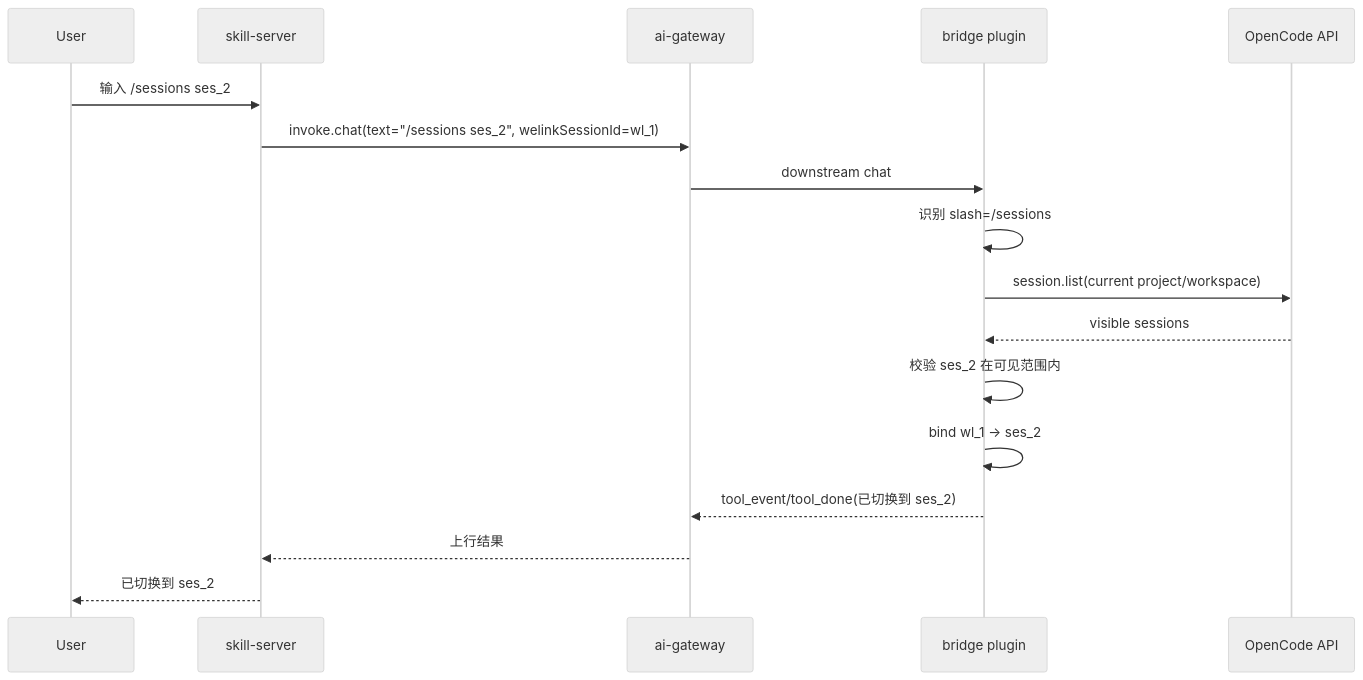
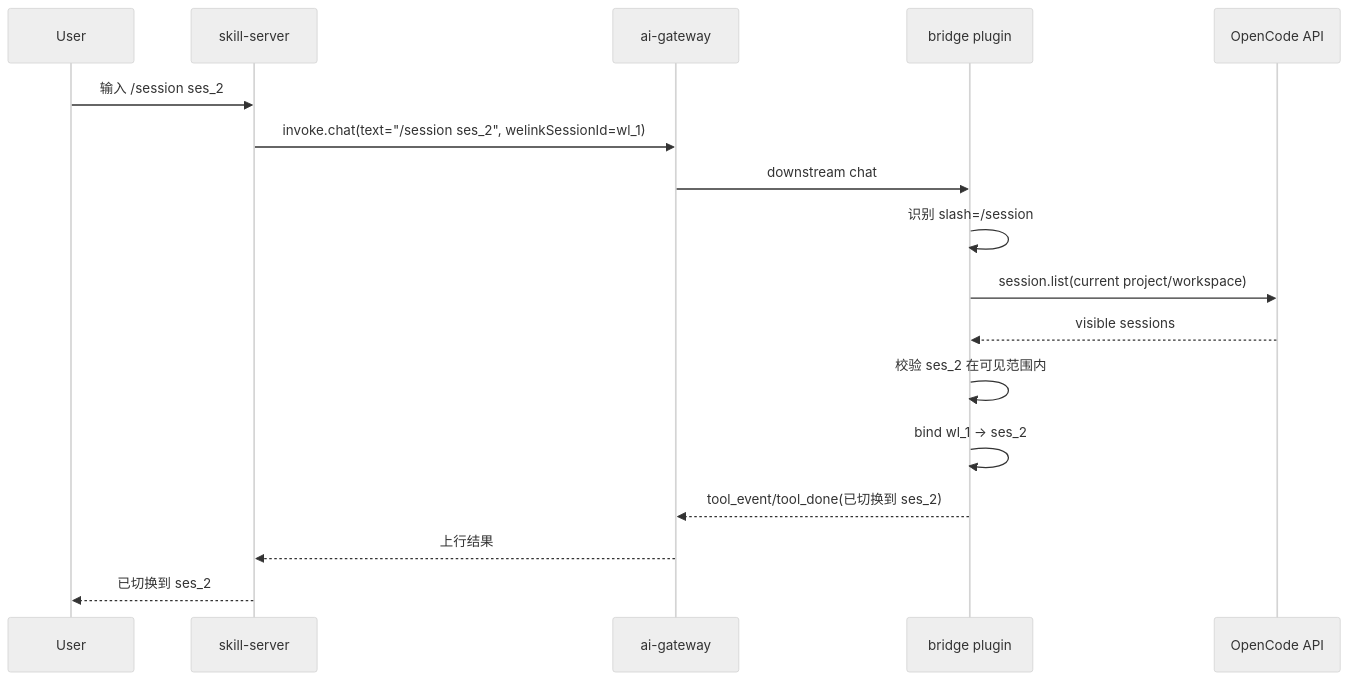
The third of 14 diagrams in docs/design/message-bridge-slash-commands-solution.md (yuzhangCZ/agent-plugin), drawn with Mermaid (neutral theme) before and after one commit. The commit also changed other lines of this file and 45 other files, not shown here.

Commit message:
feat: add slash command control plane flow

````diff
--- a/docs/design/message-bridge-slash-commands-solution.md
+++ b/docs/design/message-bridge-slash-commands-solution.md
@@ -571,20 +604,20 @@
 ```mermaid
 sequenceDiagram
   participant U as User
   participant SS as skill-server
   participant GW as ai-gateway
   participant MB as bridge plugin
   participant OC as OpenCode API
 
-  U->>SS: 输入 /sessions ses_2
-  SS->>GW: invoke.chat(text="/sessions ses_2", welinkSessionId=wl_1)
+  U->>SS: 输入 /session ses_2
+  SS->>GW: invoke.chat(text="/session ses_2", welinkSessionId=wl_1)
   GW->>MB: downstream chat
-  MB->>MB: 识别 slash=/sessions
+  MB->>MB: 识别 slash=/session
   MB->>OC: session.list(current project/workspace)
   OC-->>MB: visible sessions
   MB->>MB: 校验 ses_2 在可见范围内
   MB->>MB: bind wl_1 -> ses_2
   MB-->>GW: tool_event/tool_done(已切换到 ses_2)
   GW-->>SS: 上行结果
   SS-->>U: 已切换到 ses_2
 ```
````
